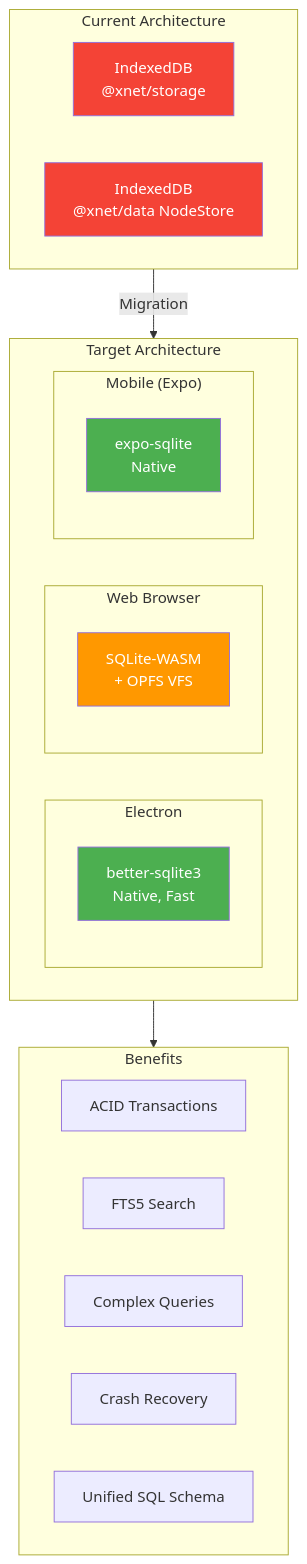
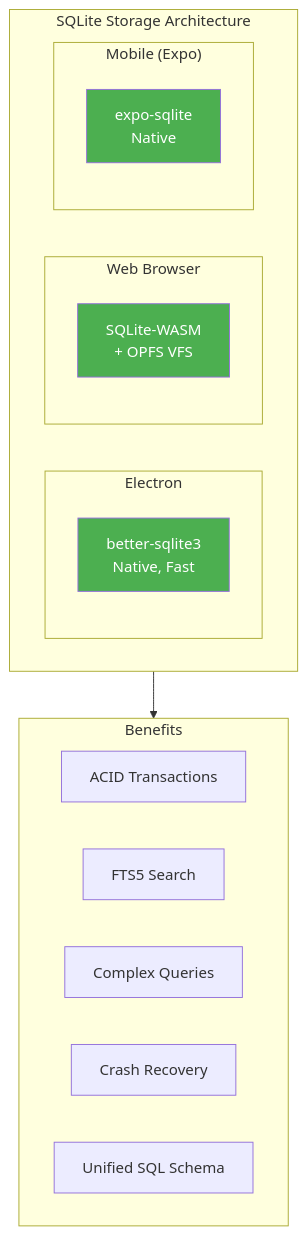
The first of 16 diagrams in docs/explorations/0072_INDEXEDDB_TO_SQLITE_MIGRATION.md (crs48/xNet), drawn with Mermaid before and after one commit. The commit also changed other lines of this file, not shown here.

First line of the commit message:
docs(exploration): simplify SQLite storage design for prerelease

````diff
--- a/docs/explorations/0072_INDEXEDDB_TO_SQLITE_MIGRATION.md
+++ b/docs/explorations/0072_INDEXEDDB_TO_SQLITE_MIGRATION.md
@@ -31,36 +31,28 @@
 ```mermaid
 flowchart TB
-    subgraph Current["Current Architecture"]
-        IDB1["IndexedDB<br/>@xnet/storage"]
-        IDB2["IndexedDB<br/>@xnet/data NodeStore"]
-    end
-
-    subgraph Target["Target Architecture"]
+    subgraph Architecture["SQLite Storage Architecture"]
         subgraph Electron["Electron"]
             BS3["better-sqlite3<br/>Native, Fast"]
         end
         subgraph Web["Web Browser"]
             WASM["SQLite-WASM<br/>+ OPFS VFS"]
         end
         subgraph Mobile["Mobile (Expo)"]
             EXPO["expo-sqlite<br/>Native"]
         end
     end
 
     subgraph Benefits["Benefits"]
         B1["ACID Transactions"]
         B2["FTS5 Search"]
         B3["Complex Queries"]
         B4["Crash Recovery"]
         B5["Unified SQL Schema"]
     end
 
-    Current -->|"Migration"| Target
-    Target --> Benefits
+    Architecture --> Benefits
 
-    style IDB1 fill:#f44336,color:#fff
-    style IDB2 fill:#f44336,color:#fff
     style BS3 fill:#4caf50,color:#fff
-    style WASM fill:#ff9800,color:#fff
+    style WASM fill:#4caf50,color:#fff
     style EXPO fill:#4caf50,color:#fff
 ```
````
